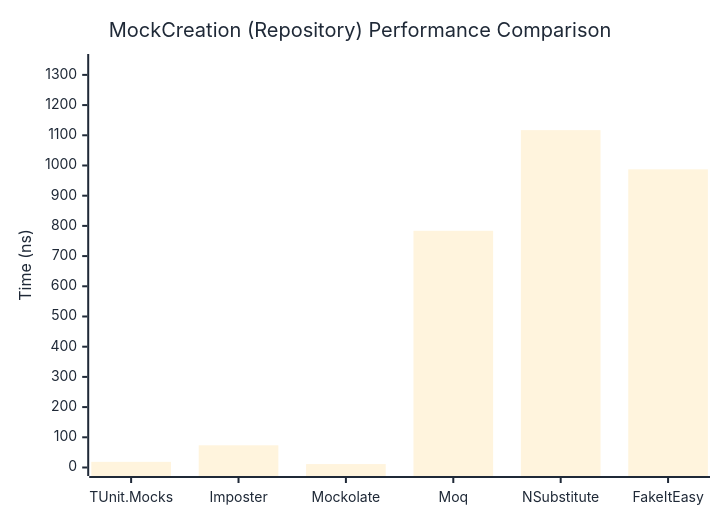
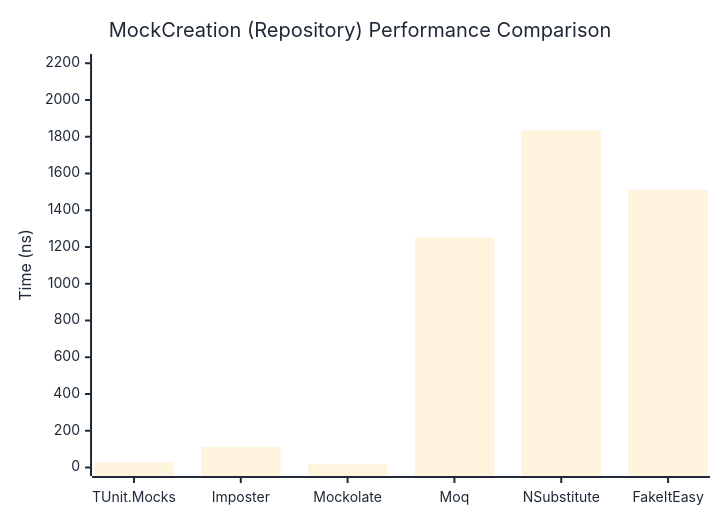
Before and after one commit to thomhurst/TUnit: the second of 2 diagrams in docs/docs/benchmarks/mocks/MockCreation.md, drawn with Mermaid. The commit also changed other lines of this file and 14 other files, not shown here.

````diff
--- a/docs/docs/benchmarks/mocks/MockCreation.md
+++ b/docs/docs/benchmarks/mocks/MockCreation.md
@@ -71,27 +71,27 @@
 ```mermaid
 %%{init: {
   'theme':'base',
   'themeVariables': {
     'primaryColor': '#2563eb',
     'primaryTextColor': '#1f2937',
     'primaryBorderColor': '#1e40af',
     'lineColor': '#6b7280',
     'secondaryColor': '#7c3aed',
     'tertiaryColor': '#dc2626',
     'background': '#ffffff',
     'pie1': '#2563eb',
     'pie2': '#7c3aed',
     'pie3': '#dc2626',
     'pie4': '#f59e0b',
     'pie5': '#10b981',
     'pie6': '#06b6d4',
     'pie7': '#ec4899',
     'pie8': '#6366f1'
   }
 }}%%
 xychart-beta
   title "MockCreation (Repository) Performance Comparison"
   x-axis ["TUnit.Mocks", "Imposter", "Mockolate", "Moq", "NSubstitute", "FakeItEasy"]
-  y-axis "Time (ns)" 0 --> 1341
-  bar [18.7, 73.46, 11.32, 783.74, 1117.05, 987.24]
+  y-axis "Time (ns)" 0 --> 2204
+  bar [28.6, 111.76, 17.05, 1251.33, 1836.13, 1511.16]
 ```
````
